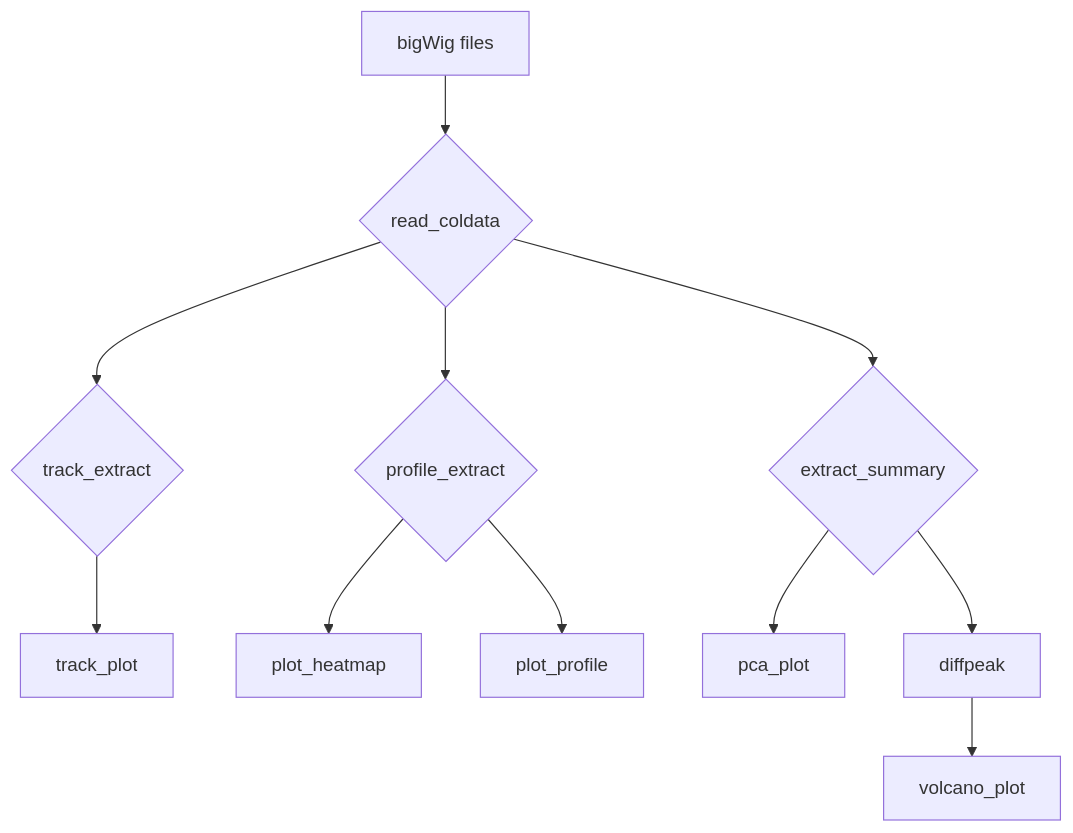
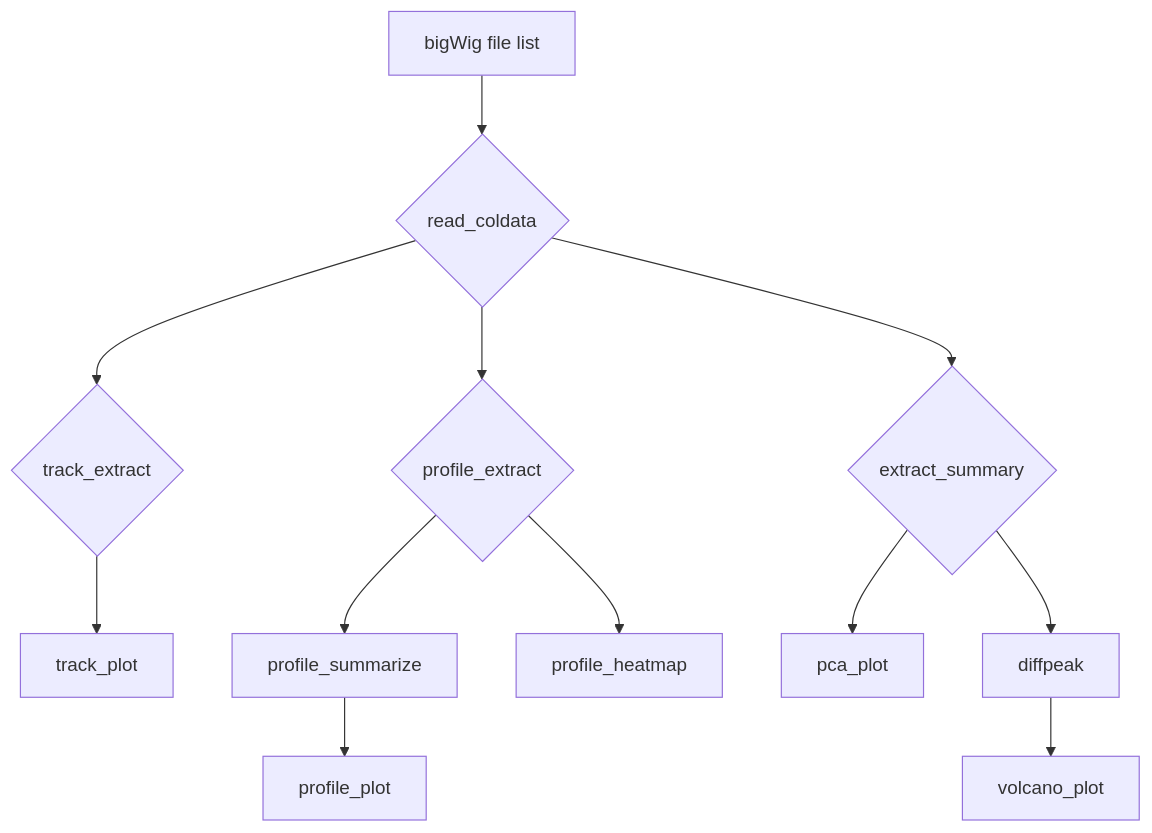
The diagram in README.md (PoisonAlien/trackplot), drawn with Mermaid before and after one commit. The commit also changed 7 other files, not shown here.

````diff
--- a/README.md
+++ b/README.md
@@ -46,13 +46,14 @@
 ```mermaid
 flowchart TD
-    a[bigWig files]-->A{read_coldata}
+    a[bigWig file list] -->A{read_coldata}
     A --> B{track_extract}
     B --> B1[track_plot]
     A --> C{profile_extract}
-    C --> C1[plot_heatmap]
-    C --> C2[plot_profile]
+    C --> C1[profile_summarize]
+    C --> C3[profile_heatmap]
+    C1 --> C2[profile_plot]
     A --> D{extract_summary}
     D --> D1[pca_plot]
     D --> D2[diffpeak]
     D2 --> D3[volcano_plot]
 ```
````
